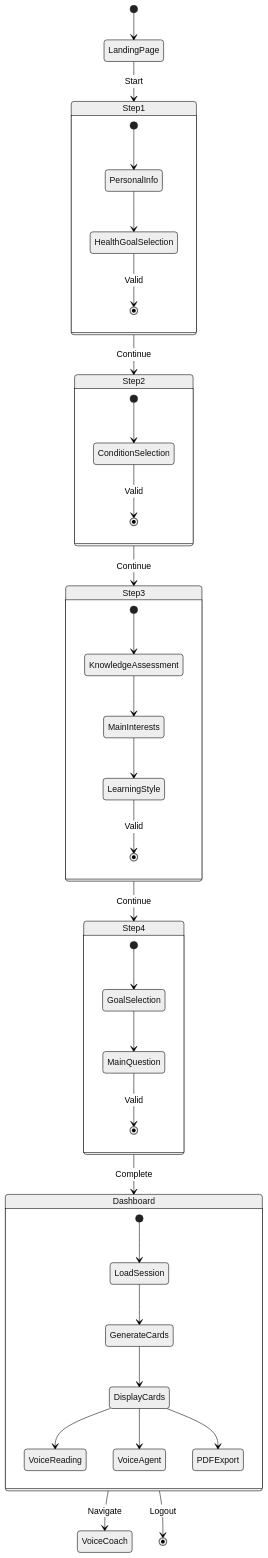
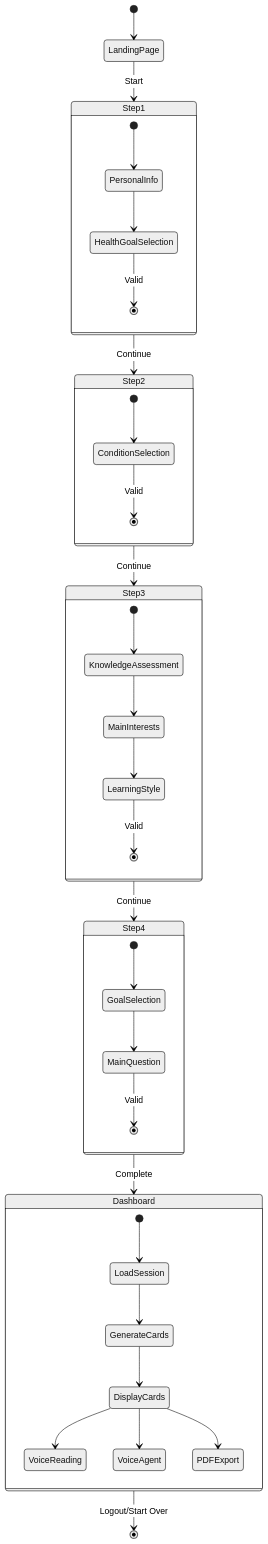
One commit to EyadAlsadouni/AI-Based-Education changed the eighth of 10 diagrams in ARCHITECTURE.md. Above: the diagram before and after it, drawn with Mermaid (neutral theme). The commit also changed other lines of this file and 11 other files, not shown here.

````diff
--- a/ARCHITECTURE.md
+++ b/ARCHITECTURE.md
@@ -665,49 +635,48 @@
 ```mermaid
 stateDiagram-v2
     [*] --> LandingPage
     LandingPage --> Step1: Start
     
     state Step1 {
         [*] --> PersonalInfo
         PersonalInfo --> HealthGoalSelection
         HealthGoalSelection --> [*]: Valid
     }
     
     Step1 --> Step2: Continue
     
     state Step2 {
         [*] --> ConditionSelection
         ConditionSelection --> [*]: Valid
     }
     
     Step2 --> Step3: Continue
     
     state Step3 {
         [*] --> KnowledgeAssessment
         KnowledgeAssessment --> MainInterests
         MainInterests --> LearningStyle
         LearningStyle --> [*]: Valid
     }
     
     Step3 --> Step4: Continue
     
     state Step4 {
         [*] --> GoalSelection
         GoalSelection --> MainQuestion
         MainQuestion --> [*]: Valid
     }
     
     Step4 --> Dashboard: Complete
     
     state Dashboard {
         [*] --> LoadSession
         LoadSession --> GenerateCards
         GenerateCards --> DisplayCards
         DisplayCards --> VoiceReading
         DisplayCards --> VoiceAgent
         DisplayCards --> PDFExport
     }
     
-    Dashboard --> VoiceCoach: Navigate
-    Dashboard --> [*]: Logout
+    Dashboard --> [*]: Logout/Start Over
 ```
````
